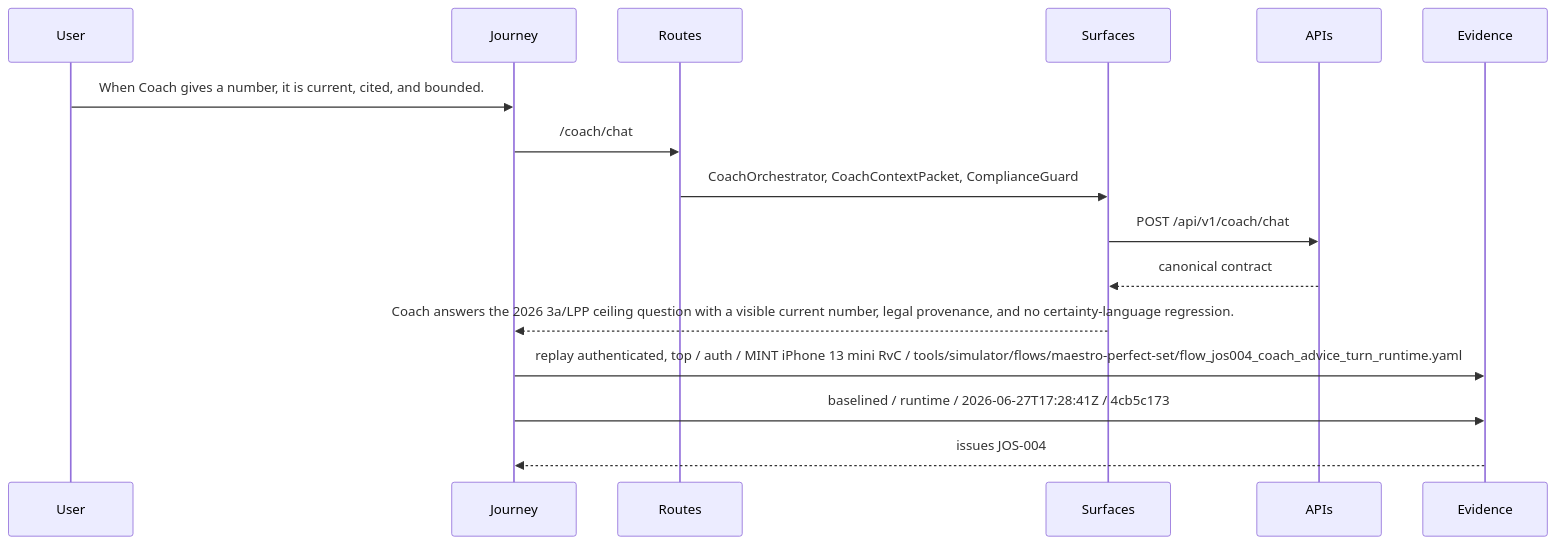
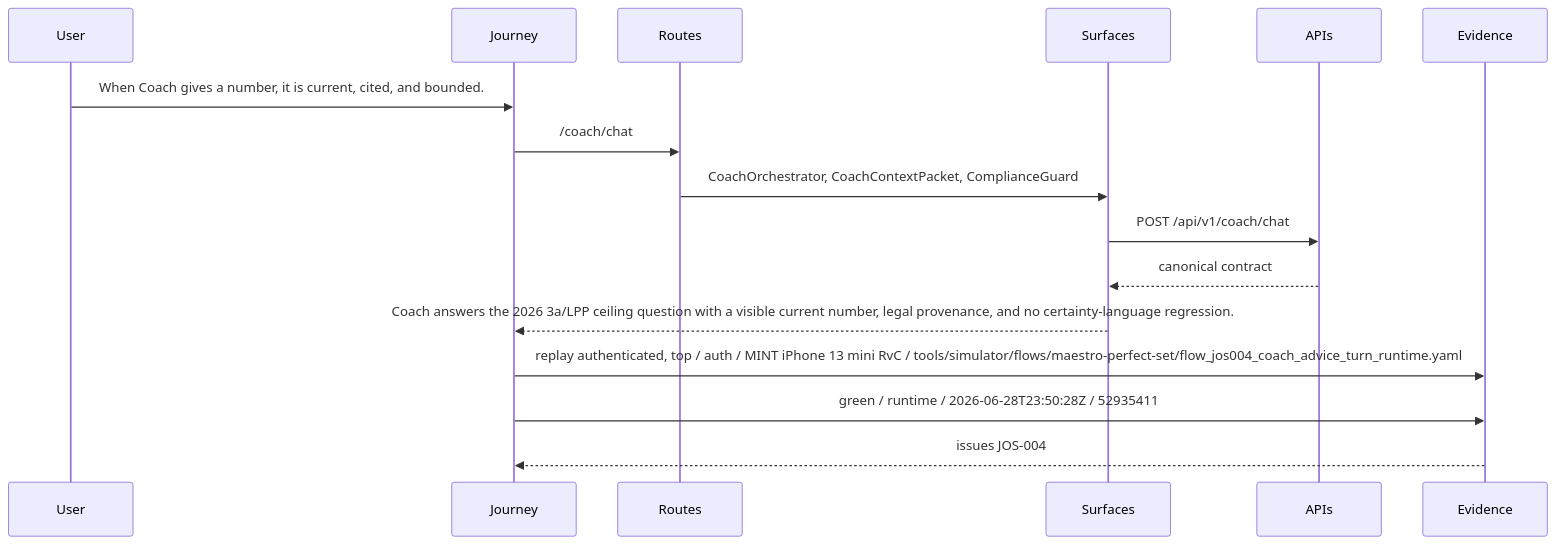
One commit to MINT-IA/MINT changed the diagram in .planning/journeys/diagrams/coach_advice_turn_sequence.mmd. Above: the diagram before and after it, drawn with Mermaid. The commit also changed 11 other files, not shown here.

```diff
--- a/.planning/journeys/diagrams/coach_advice_turn_sequence.mmd
+++ b/.planning/journeys/diagrams/coach_advice_turn_sequence.mmd
@@ -1,17 +1,17 @@
 %% Generated from .planning/journeys/records/coach_advice_turn.json
 sequenceDiagram
   participant User
   participant Journey
   participant Routes
   participant Surfaces
   participant APIs
   participant Evidence
   User->>Journey: When Coach gives a number, it is current, cited, and bounded.
   Journey->>Routes: /coach/chat
   Routes->>Surfaces: CoachOrchestrator, CoachContextPacket, ComplianceGuard
   Surfaces->>APIs: POST /api/v1/coach/chat
   APIs-->>Surfaces: canonical contract
   Surfaces-->>Journey: Coach answers the 2026 3a/LPP ceiling question with a visible current number, legal provenance, and no certainty-language regression.
   Journey->>Evidence: replay authenticated, top / auth / MINT iPhone 13 mini RvC / tools/simulator/flows/maestro-perfect-set/flow_jos004_coach_advice_turn_runtime.yaml
-  Journey->>Evidence: baselined / runtime / 2026-06-27T17:28:41Z / 4cb5c173
+  Journey->>Evidence: green / runtime / 2026-06-28T23:50:28Z / 52935411
   Evidence-->>Journey: issues JOS-004
```
